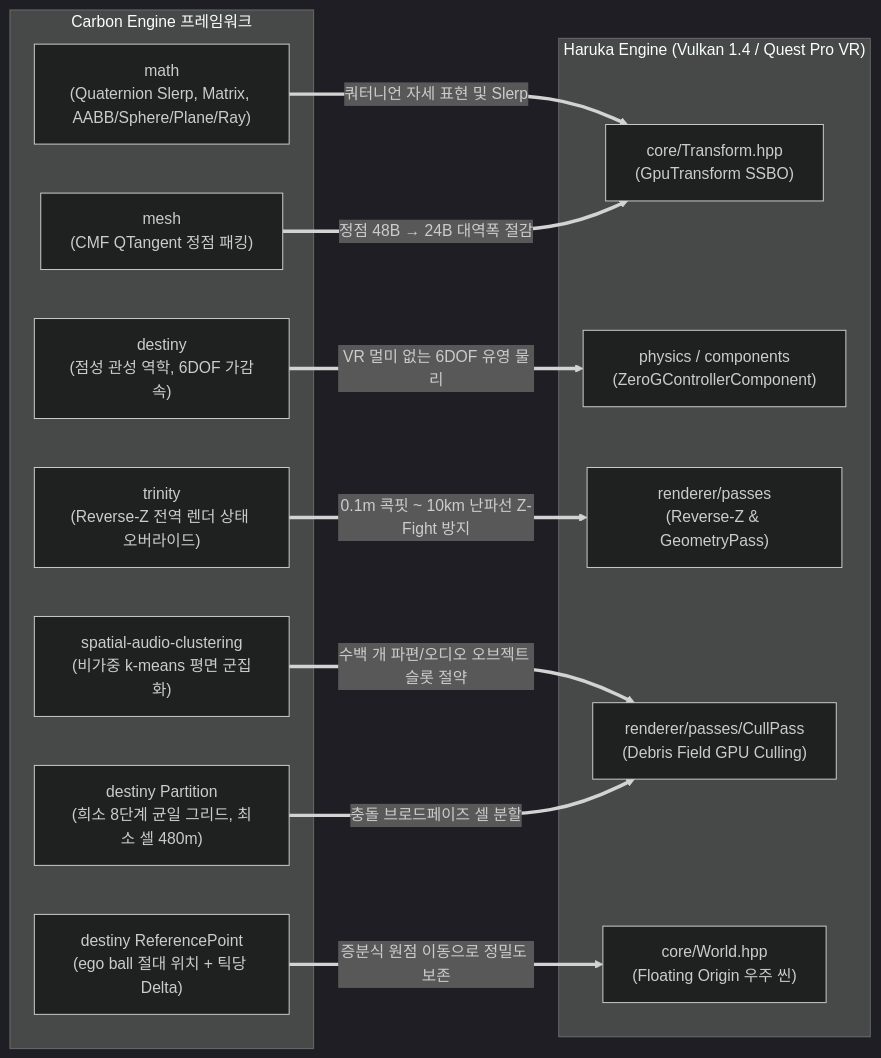
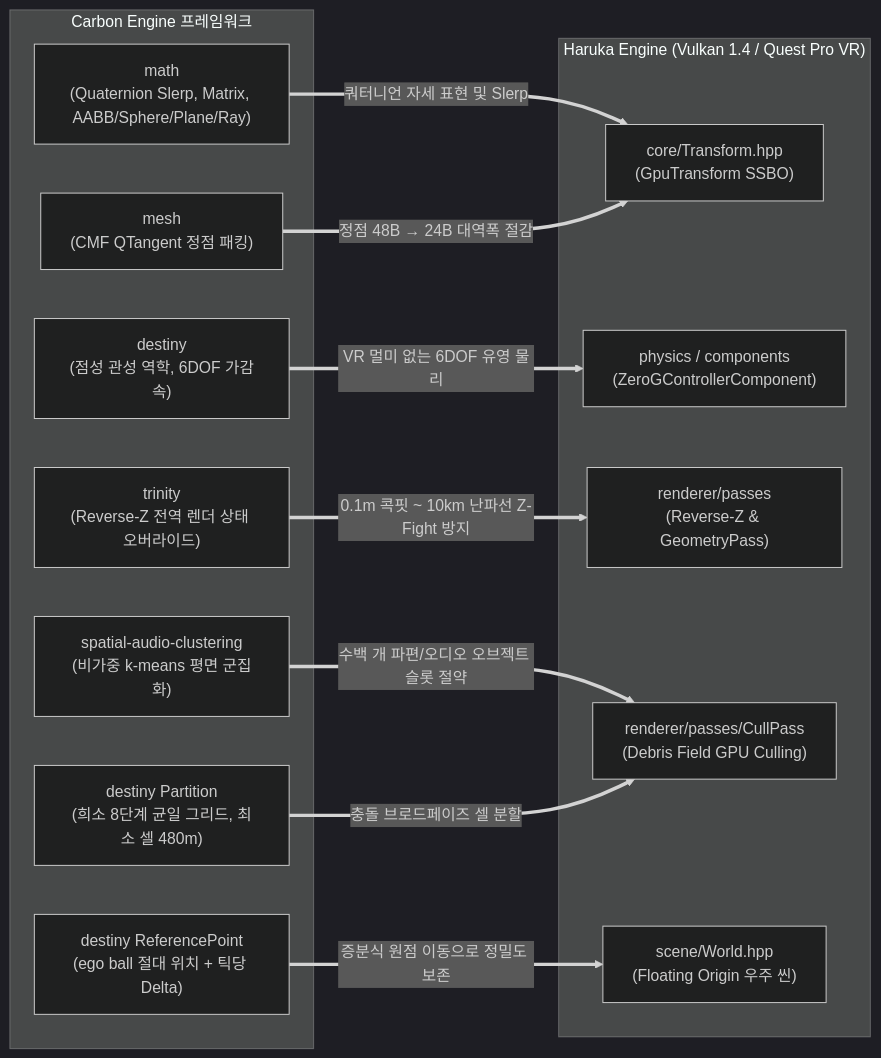
The first of 2 diagrams in Docs/VR_Transition_Masterplan.md (HANARU/Haruka), drawn with Mermaid (dark theme) before and after one commit. The commit also changed 88 other files, not shown here.

First line of the commit message:
구조: src/core 를 core(기반) · scene(장면) · runtime(런타임)으로 나눔

````diff
--- a/Docs/VR_Transition_Masterplan.md
+++ b/Docs/VR_Transition_Masterplan.md
@@ -59,28 +59,28 @@
 ```mermaid
 graph LR
     subgraph Carbon["Carbon Engine 프레임워크"]
         C_Math["math<br/>(Quaternion Slerp, Matrix, AABB/Sphere/Plane/Ray)"]
         C_Mesh["mesh<br/>(CMF QTangent 정점 패킹)"]
         C_Destiny["destiny<br/>(점성 관성 역학, 6DOF 가감속)"]
         C_Trinity["trinity<br/>(Reverse-Z 전역 렌더 상태 오버라이드)"]
         C_Spatial["spatial-audio-clustering<br/>(비가중 k-means 평면 군집화)"]
         C_Grid["destiny Partition<br/>(희소 8단계 균일 그리드, 최소 셀 480m)"]
         C_Ref["destiny ReferencePoint<br/>(ego ball 절대 위치 + 틱당 Delta)"]
     end
 
     subgraph Haruka["Haruka Engine (Vulkan 1.4 / Quest Pro VR)"]
         H_Core["core/Transform.hpp<br/>(GpuTransform SSBO)"]
         H_Phys["physics / components<br/>(ZeroGControllerComponent)"]
         H_Render["renderer/passes<br/>(Reverse-Z & GeometryPass)"]
         H_Cull["renderer/passes/CullPass<br/>(Debris Field GPU Culling)"]
-        H_Space["core/World.hpp<br/>(Floating Origin 우주 씬)"]
+        H_Space["scene/World.hpp<br/>(Floating Origin 우주 씬)"]
     end
 
     C_Math ==>|"쿼터니언 자세 표현 및 Slerp"| H_Core
     C_Mesh ==>|"정점 48B → 24B 대역폭 절감"| H_Core
     C_Destiny ==>|"VR 멀미 없는 6DOF 유영 물리"| H_Phys
     C_Trinity ==>|"0.1m 콕핏 ~ 10km 난파선 Z-Fight 방지"| H_Render
     C_Spatial ==>|"수백 개 파편/오디오 오브젝트 슬롯 절약"| H_Cull
     C_Grid ==>|"충돌 브로드페이즈 셀 분할"| H_Cull
     C_Ref ==>|"증분식 원점 이동으로 정밀도 보존"| H_Space
 ```
````
